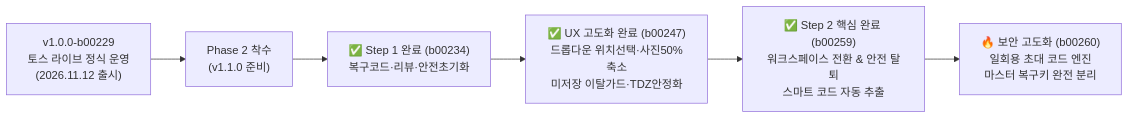
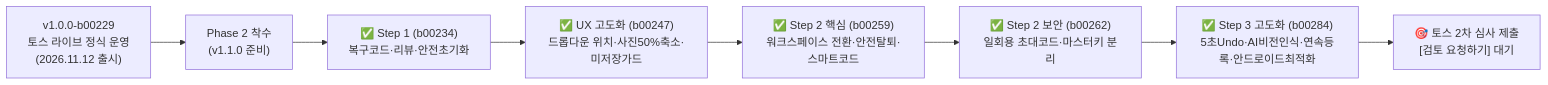
The first of 3 diagrams in docs/roadmap_and_summary.md (tauriqon/where-is-it), drawn with Mermaid before and after one commit. The commit also changed other lines of this file, not shown here.

Commit message:
docs: update master roadmap to reflect Phase 2 completion (v1.1.0-b00284)

````diff
--- a/docs/roadmap_and_summary.md
+++ b/docs/roadmap_and_summary.md
@@ -11,8 +11,10 @@
 ```mermaid
 flowchart LR
     A["v1.0.0-b00229\n토스 라이브 정식 운영\n(2026.11.12 출시)"] --> B["Phase 2 착수\n(v1.1.0 준비)"]
-    B --> C["✅ Step 1 완료 (b00234)\n복구코드·리뷰·안전초기화"]
-    C --> D["✅ UX 고도화 완료 (b00247)\n드롭다운 위치선택·사진50%축소\n미저장 이탈가드·TDZ안정화"]
-    D --> E["✅ Step 2 핵심 완료 (b00259)\n워크스페이스 전환 & 안전 탈퇴\n스마트 코드 자동 추출"]
-    E --> F["🔥 보안 고도화 (b00260)\n일회용 초대 코드 엔진\n마스터 복구키 완전 분리"]
+    B --> C["✅ Step 1 (b00234)\n복구코드·리뷰·안전초기화"]
+    C --> D["✅ UX 고도화 (b00247)\n드롭다운 위치·사진50%축소·미저장가드"]
+    D --> E["✅ Step 2 핵심 (b00259)\n워크스페이스 전환·안전탈퇴·스마트코드"]
+    E --> F["✅ Step 2 보안 (b00262)\n일회용 초대코드·마스터키 분리"]
+    F --> G["✅ Step 3 고도화 (b00284)\n5초Undo·AI비전인식·연속등록·안드로이드최적화"]
+    G --> H["🎯 토스 2차 심사 제출\n[검토 요청하기] 대기"]
 ```
````
